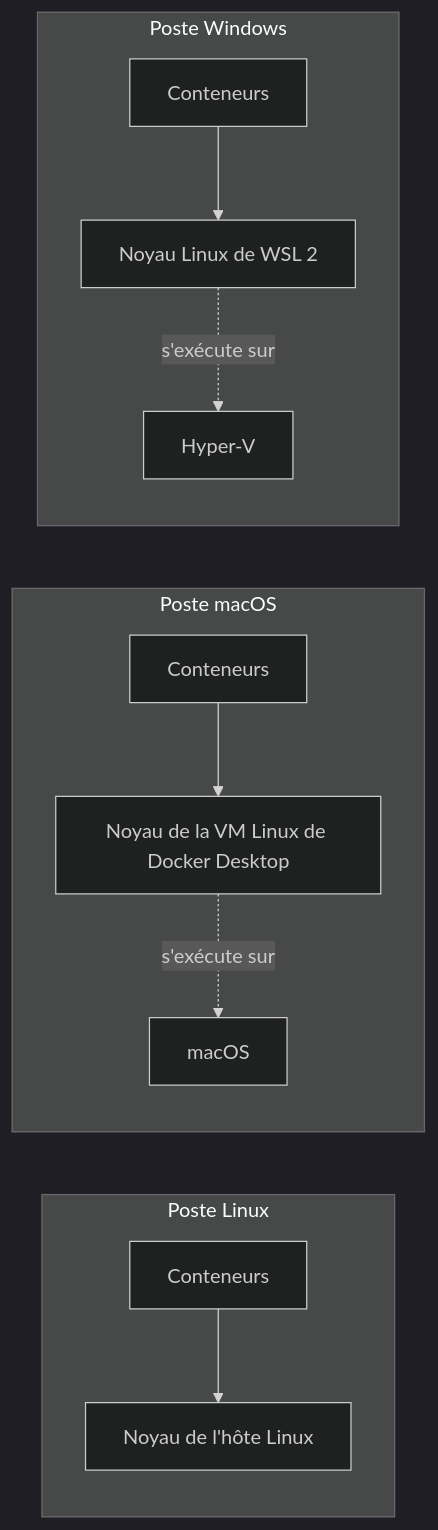
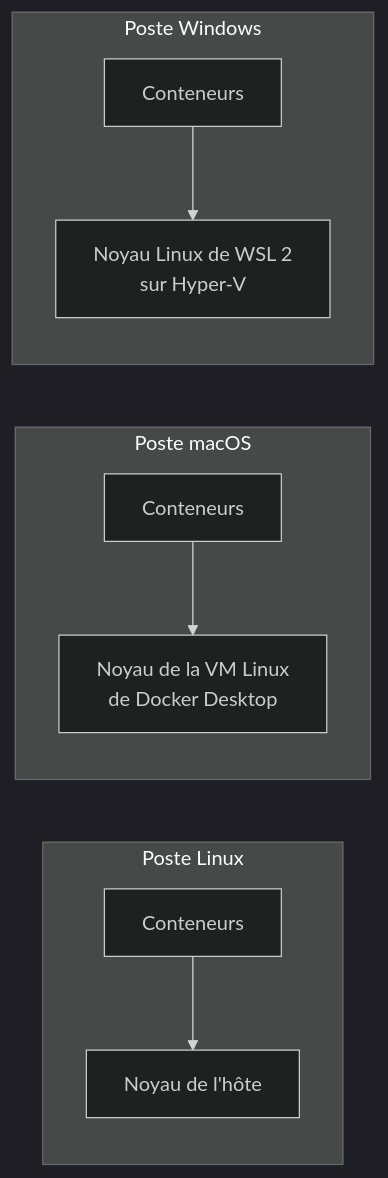
Before and after one commit to astronas/Ynov---Containerization-Orchestration: the first of 2 diagrams in docs/Machine-virtuelle-ou-conteneur.md, drawn with Mermaid (dark theme). The commit also changed other lines of this file and 160 other files, not shown here.

First line of the commit message:
Refonte visuelle : charte des rendus de TP, illustrations et captures réelles

````diff
--- a/docs/Machine-virtuelle-ou-conteneur.md
+++ b/docs/Machine-virtuelle-ou-conteneur.md
@@ -333,14 +152,12 @@
 ```mermaid
 flowchart LR
     subgraph L["Poste Linux"]
-        cl["Conteneurs"] --> kl["Noyau de l'hôte Linux"]
+        cl["Conteneurs"] --> kl["Noyau de l'hôte"]
     end
     subgraph M["Poste macOS"]
-        cm["Conteneurs"] --> km["Noyau de la VM Linux de Docker Desktop"]
-        km -. "s'exécute sur" .-> mac["macOS"]
+        cm["Conteneurs"] --> km["Noyau de la VM Linux<br/>de Docker Desktop"]
     end
     subgraph W["Poste Windows"]
-        cw["Conteneurs"] --> kw["Noyau Linux de WSL 2"]
-        kw -. "s'exécute sur" .-> hv["Hyper-V"]
+        cw["Conteneurs"] --> kw["Noyau Linux de WSL 2<br/>sur Hyper-V"]
     end
 ```
````
